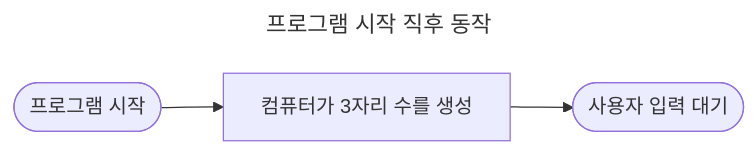
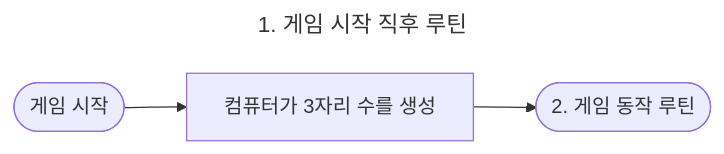
One commit to woowacourse-precourse/javascript-baseball-6 changed the first of 4 diagrams in docs/README.md. Above: the diagram before and after it, drawn with Mermaid. The commit also changed other lines of this file, not shown here.

Commit message:
docs/README.md 파일 수정 - mermaid를 이용해서 제대로 된 도식도 구현

````diff
--- a/docs/README.md
+++ b/docs/README.md
@@ -29,11 +43,11 @@
 ```mermaid
 ---
-title: "프로그램 시작 직후 동작"
+title: "1. 게임 시작 직후 루틴"
 ---
 flowchart LR
-    start(["프로그램 시작"]);
+    start(["게임 시작"]);
     generateRandom["컴퓨터가 3자리 수를 생성"];
     start --> generateRandom;
-    waiting(["사용자 입력 대기"]);
+    waiting(["2. 게임 동작 루틴"]);
     generateRandom --> waiting;
 ```
````
